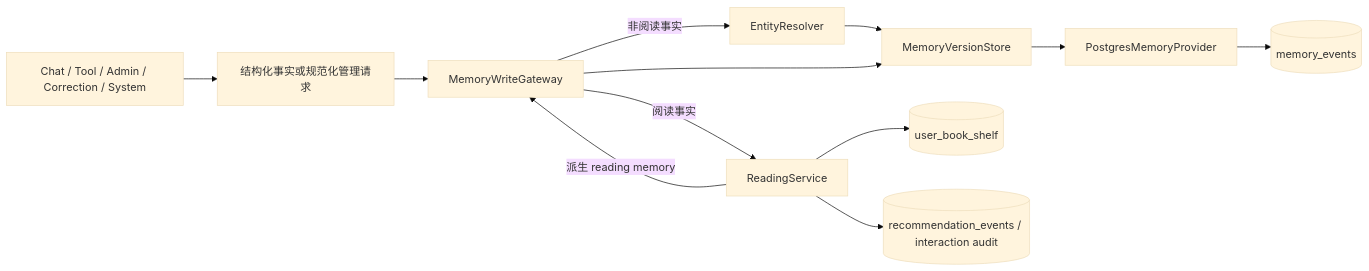
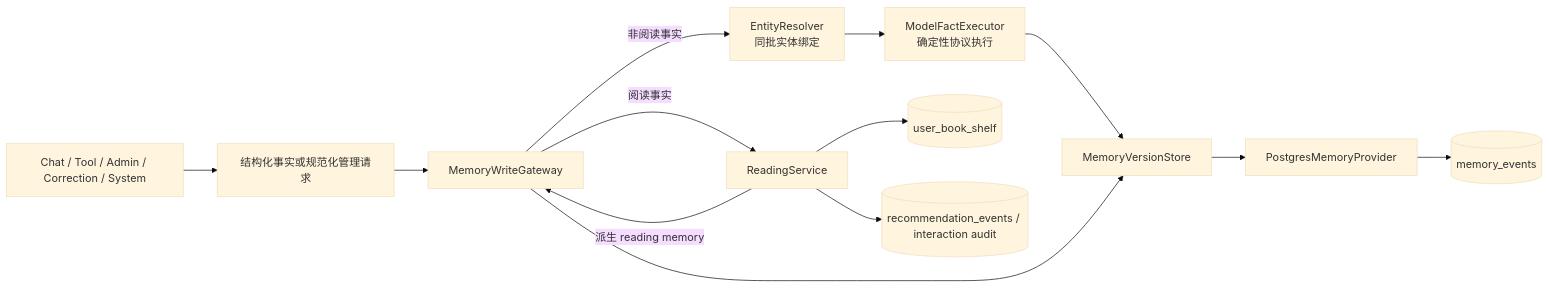
Before and after one commit to vic-ice/AgentHub: the third of 6 diagrams in docs/论文技术事实材料.md, drawn with Mermaid (base theme). The commit also changed other lines of this file, not shown here.

Commit message:
docs: refresh thesis technical facts for current architecture

```diff
--- a/docs/论文技术事实材料.md
+++ b/docs/论文技术事实材料.md
@@ -210,14 +213,15 @@
 ~~~mermaid
 flowchart LR
     A["Chat / Tool / Admin / Correction / System"] --> S["结构化事实或规范化管理请求"]
     S --> G["MemoryWriteGateway"]
-    G -->|"非阅读事实"| E["EntityResolver"]
-    E --> V["MemoryVersionStore"]
+    G -->|"非阅读事实"| E["EntityResolver<br/>同批实体绑定"]
+    E --> X["ModelFactExecutor<br/>确定性协议执行"]
+    X --> V["MemoryVersionStore"]
     G -->|"阅读事实"| R["ReadingService"]
     R --> SH[("user_book_shelf")]
     R --> EV[("recommendation_events / interaction audit")]
     R -->|"派生 reading memory"| G
     G --> V
     V --> P["PostgresMemoryProvider"]
     P --> ME[("memory_events")]
 ~~~
```
